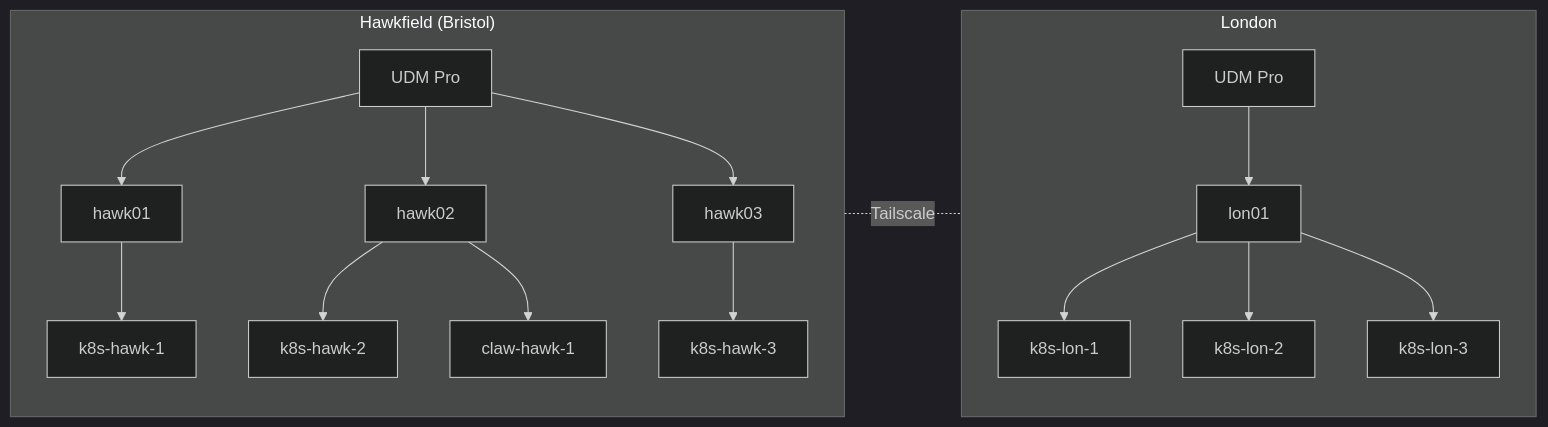
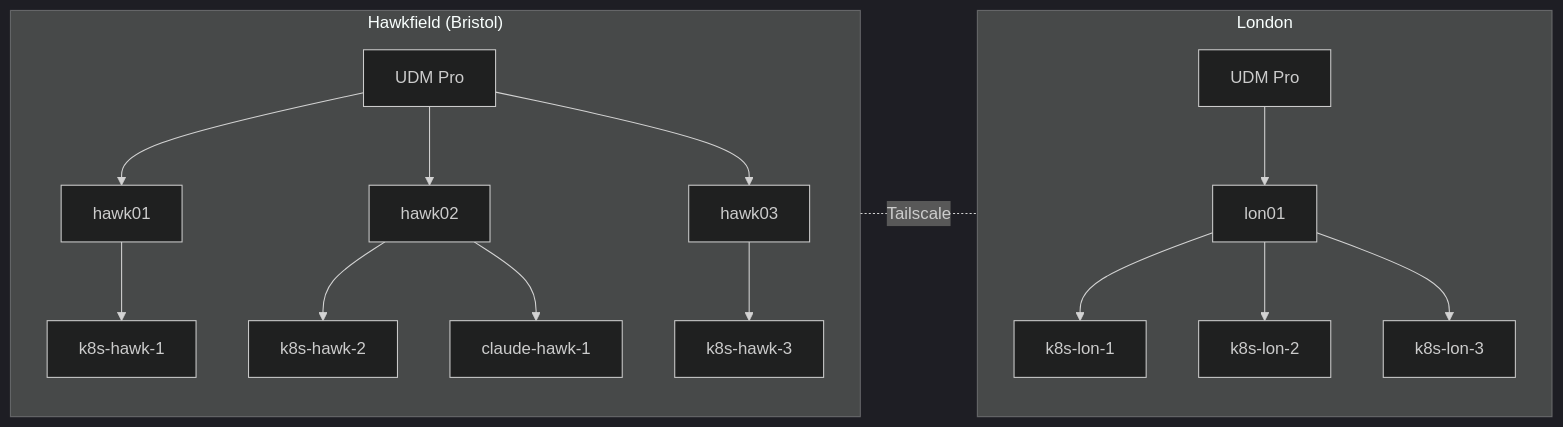
Before and after one commit to clincha-org/clincha: the diagram in README.md, drawn with Mermaid (dark theme). The commit also changed other lines of this file and 7 other files, not shown here.

First line of the commit message:
Refactor OpenClaw server to Claude Code server

````diff
--- a/README.md
+++ b/README.md
@@ -18,23 +18,23 @@
 ```mermaid
 graph LR
     subgraph "Hawkfield (Bristol)"
         direction TB
         udm_h[UDM Pro] --> hawk01[hawk01]
         udm_h --> hawk02[hawk02]
         udm_h --> hawk03[hawk03]
         hawk01 --> kh1[k8s-hawk-1]
         hawk02 --> kh2[k8s-hawk-2]
         hawk03 --> kh3[k8s-hawk-3]
-        hawk02 --> claw[claw-hawk-1]
+        hawk02 --> claude[claude-hawk-1]
     end
 
     udm_h -. Tailscale .- udm_l
 
     subgraph "London"
         direction TB
         udm_l[UDM Pro] --> lon01[lon01]
         lon01 --> kl1[k8s-lon-1]
         lon01 --> kl2[k8s-lon-2]
         lon01 --> kl3[k8s-lon-3]
     end
 ```
````
